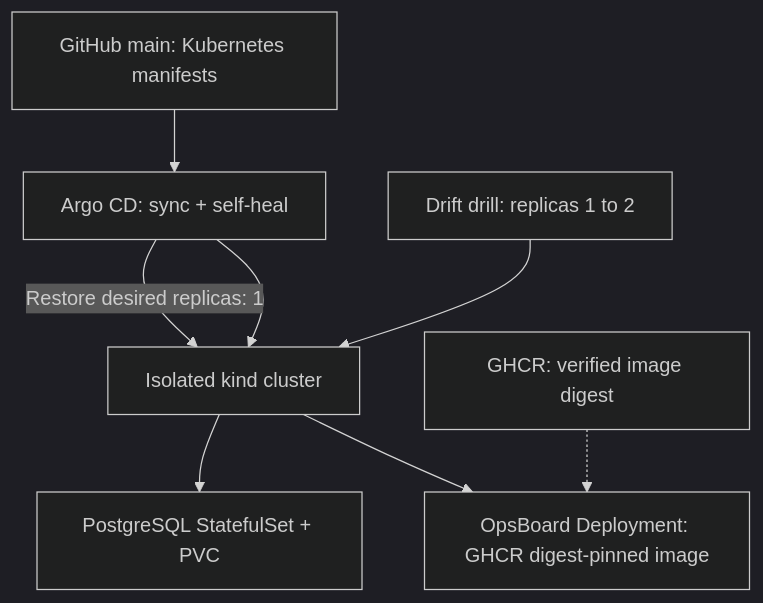
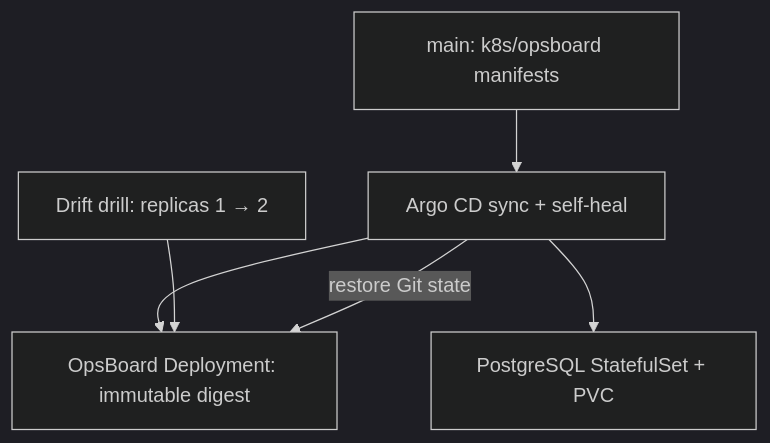
The third of 3 diagrams in README.md (Mishkaaass/ci-cd-lab), drawn with Mermaid (dark theme) before and after one commit. The commit also changed other lines of this file and 8 other files, not shown here.

````diff
--- a/README.md
+++ b/README.md
@@ -146,10 +89,8 @@
 ```mermaid
 flowchart TB
-  Git["GitHub main: Kubernetes manifests"] --> Argo["Argo CD: sync + self-heal"]
-  Argo --> Cluster["Isolated kind cluster"]
-  Cluster --> App["OpsBoard Deployment: GHCR digest-pinned image"]
-  GHCR["GHCR: verified image digest"] -.-> App
-  Cluster --> DB["PostgreSQL StatefulSet + PVC"]
-  Drift["Drift drill: replicas 1 to 2"] --> Cluster
-  Argo -->|Restore desired replicas: 1| Cluster
+  Git["main: k8s/opsboard manifests"] --> Argo["Argo CD sync + self-heal"]
+  Argo --> Deploy["OpsBoard Deployment: immutable digest"]
+  Argo --> PVC["PostgreSQL StatefulSet + PVC"]
+  Drift["Drift drill: replicas 1 → 2"] --> Deploy
+  Argo -->|restore Git state| Deploy
 ```
````
